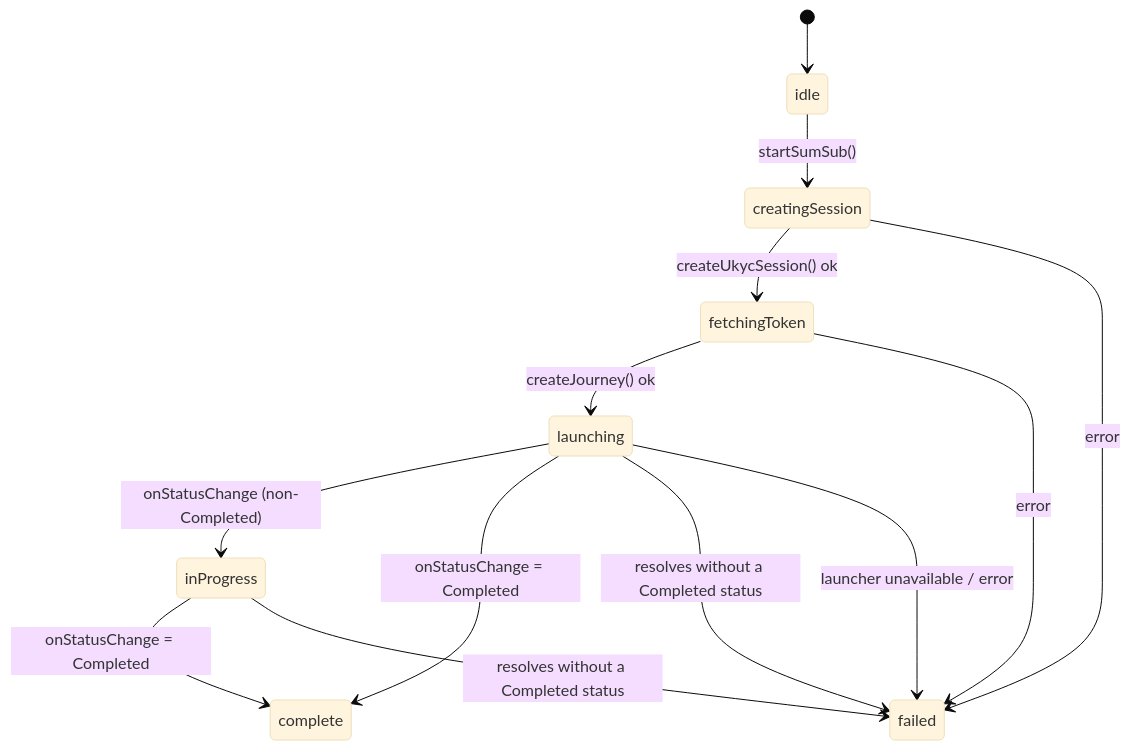
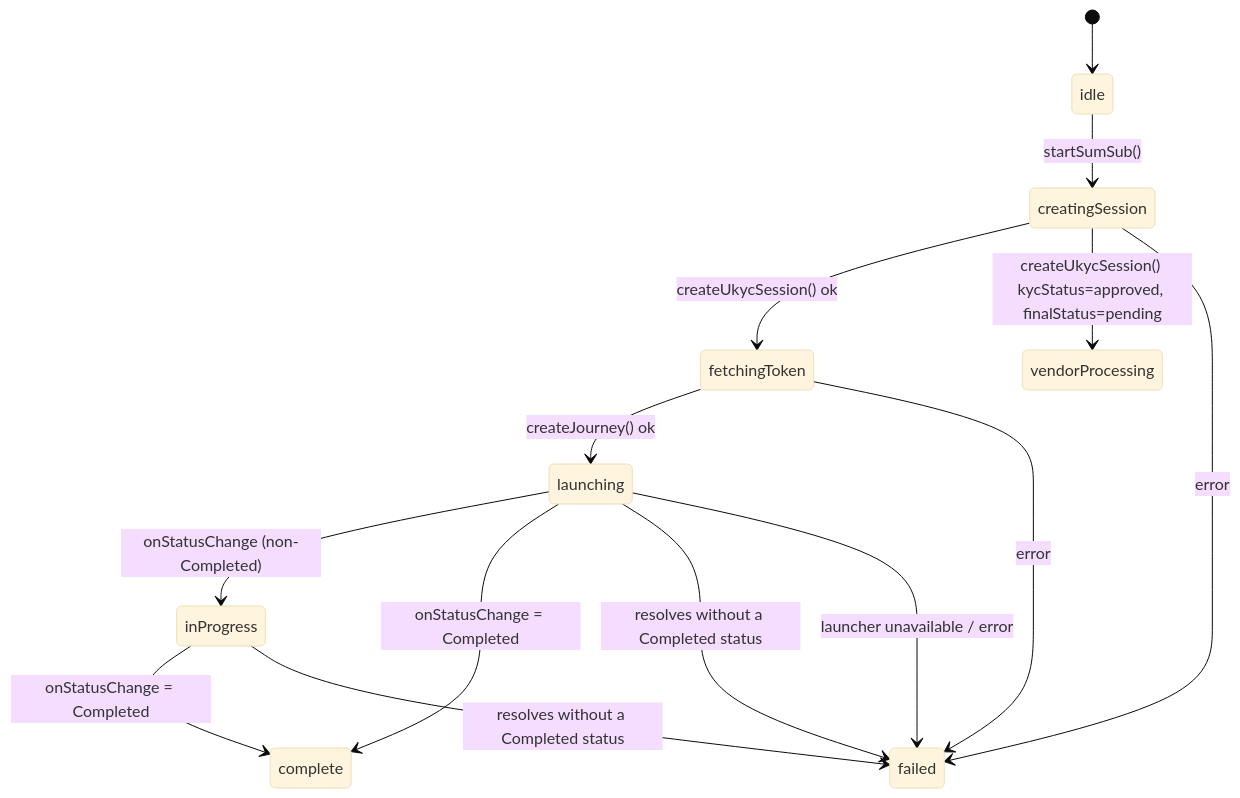
Before and after one commit to MetaMask/core: the seventh of 10 diagrams in packages/kyc-controller/README.md, drawn with Mermaid (base theme). The commit also changed other lines of this file and 6 other files, not shown here.

````diff
--- a/packages/kyc-controller/README.md
+++ b/packages/kyc-controller/README.md
@@ -442,15 +442,16 @@
 ```mermaid
 stateDiagram-v2
     [*] --> idle
     idle --> creatingSession : startSumSub()
     creatingSession --> fetchingToken : createUkycSession() ok
+    creatingSession --> vendorProcessing : createUkycSession() kycStatus=approved, finalStatus=pending
     fetchingToken --> launching : createJourney() ok
     launching --> inProgress : onStatusChange (non-Completed)
     launching --> complete : onStatusChange = Completed
     inProgress --> complete : onStatusChange = Completed
     launching --> failed : resolves without a Completed status
     inProgress --> failed : resolves without a Completed status
     creatingSession --> failed : error
     fetchingToken --> failed : error
     launching --> failed : launcher unavailable / error
 ```
````
